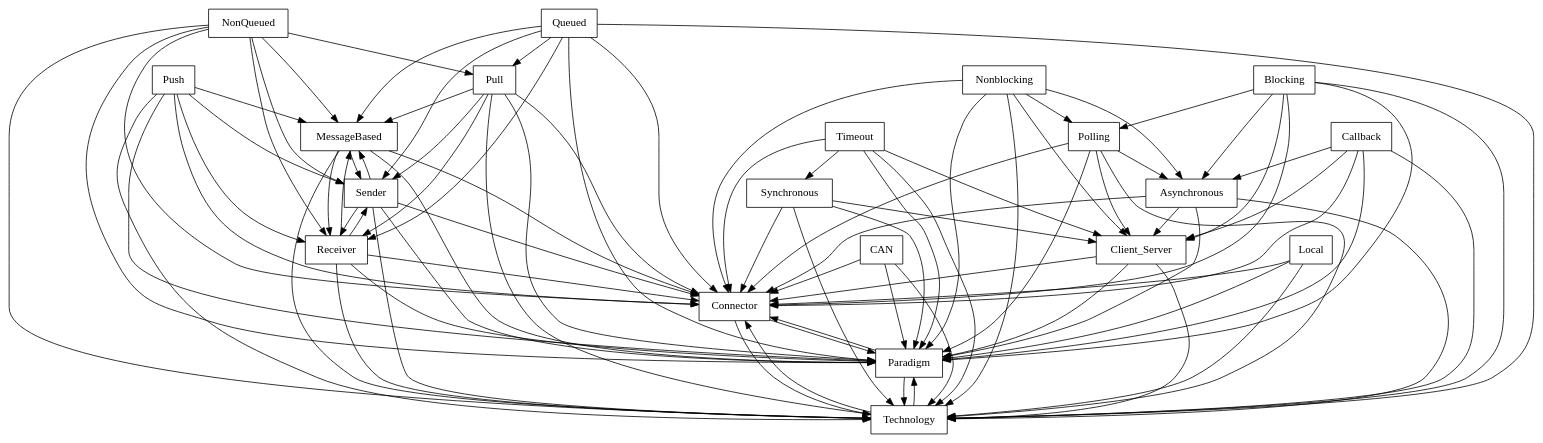
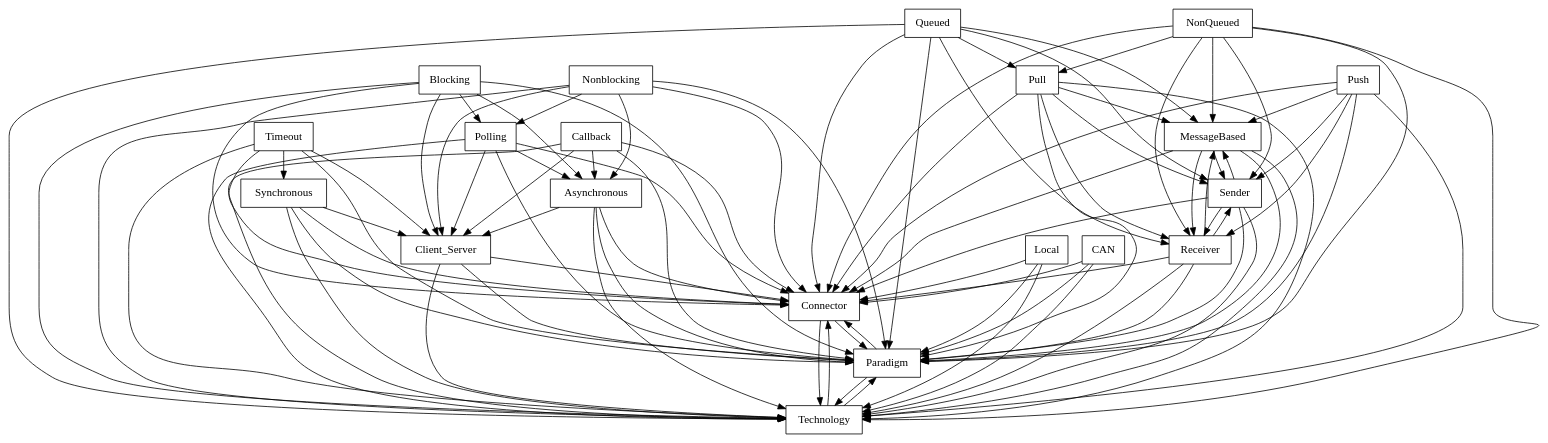
One commit to FAMILIAR-project/familiar-language changed the diagram in FAMILIAR/output/SPLOT-big/fm_5_connector_fm.xml.dot. Above: the diagram before and after it, drawn with Graphviz. The commit also changed 172 other files, not shown here.

```diff
--- a/FAMILIAR/output/SPLOT-big/fm_5_connector_fm.xml.dot
+++ b/FAMILIAR/output/SPLOT-big/fm_5_connector_fm.xml.dot
@@ -1,116 +1,116 @@
 digraph{
 graph [rankdir=TB];
 node [shape=box];
 edge [arrowhead=normal];
 0[label="MessageBased",]
-1[label="Queued",]
-2[label="Timeout",]
+1[label="Timeout",]
+2[label="Queued",]
 3[label="Local",]
 4[label="Pull",]
 5[label="Nonblocking",]
 6[label="Connector",]
 7[label="Paradigm",]
 8[label="NonQueued",]
 9[label="Push",]
 10[label="Synchronous",]
 11[label="Sender",]
 12[label="Blocking",]
 13[label="Polling",]
 14[label="Receiver",]
 15[label="Client_Server",]
 16[label="Asynchronous",]
 17[label="Callback",]
 18[label="CAN",]
 19[label="Technology",]
 0->6[label="",]
 0->7[label="",]
 0->11[label="",]
 0->14[label="",]
 0->19[label="",]
-1->0[label="",]
-1->4[label="",]
 1->6[label="",]
 1->7[label="",]
-1->11[label="",]
-1->14[label="",]
+1->10[label="",]
+1->15[label="",]
 1->19[label="",]
+2->0[label="",]
+2->4[label="",]
 2->6[label="",]
 2->7[label="",]
-2->10[label="",]
-2->15[label="",]
+2->11[label="",]
+2->14[label="",]
 2->19[label="",]
 3->6[label="",]
 3->7[label="",]
 3->19[label="",]
 4->0[label="",]
 4->6[label="",]
 4->7[label="",]
 4->11[label="",]
 4->14[label="",]
 4->19[label="",]
 5->6[label="",]
 5->7[label="",]
 5->13[label="",]
 5->15[label="",]
 5->16[label="",]
 5->19[label="",]
 6->7[label="",]
 6->19[label="",]
 7->6[label="",]
 7->19[label="",]
 8->0[label="",]
 8->4[label="",]
 8->6[label="",]
 8->7[label="",]
 8->11[label="",]
 8->14[label="",]
 8->19[label="",]
 9->0[label="",]
 9->6[label="",]
 9->7[label="",]
 9->11[label="",]
 9->14[label="",]
 9->19[label="",]
 10->6[label="",]
 10->7[label="",]
 10->15[label="",]
 10->19[label="",]
 11->0[label="",]
 11->6[label="",]
 11->7[label="",]
 11->14[label="",]
 11->19[label="",]
 12->6[label="",]
 12->7[label="",]
 12->13[label="",]
 12->15[label="",]
 12->16[label="",]
 12->19[label="",]
 13->6[label="",]
 13->7[label="",]
 13->15[label="",]
 13->16[label="",]
 13->19[label="",]
 14->0[label="",]
 14->6[label="",]
 14->7[label="",]
 14->11[label="",]
 14->19[label="",]
 15->6[label="",]
 15->7[label="",]
 15->19[label="",]
 16->6[label="",]
 16->7[label="",]
 16->15[label="",]
 16->19[label="",]
 17->6[label="",]
 17->7[label="",]
 17->15[label="",]
 17->16[label="",]
 17->19[label="",]
 18->6[label="",]
 18->7[label="",]
 18->19[label="",]
 19->6[label="",]
 19->7[label="",]
 }
```
